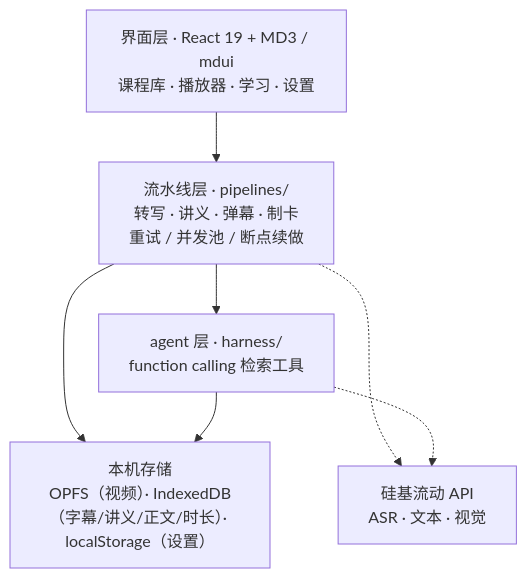
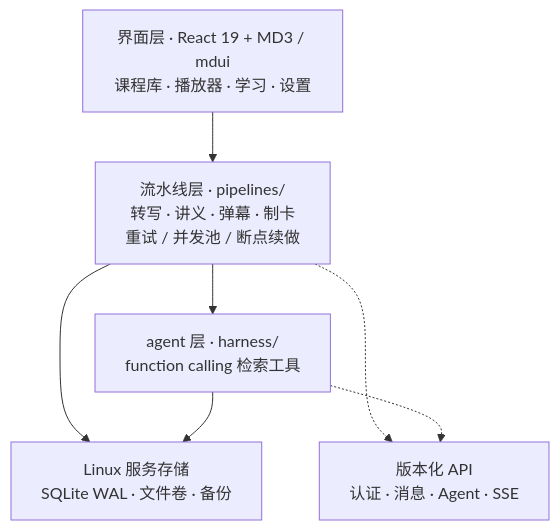
Before and after one commit to BA7MLV/wangke-agent: the second of 2 diagrams in README.md, drawn with Mermaid. The commit also changed other lines of this file and 43 other files, not shown here.

````diff
--- a/README.md
+++ b/README.md
@@ -58,13 +58,13 @@
 ```mermaid
 flowchart TB
     UI["界面层 · React 19 + MD3 / mdui<br/>课程库 · 播放器 · 学习 · 设置"]
     PIPE["流水线层 · pipelines/<br/>转写 · 讲义 · 弹幕 · 制卡<br/>重试 / 并发池 / 断点续做"]
     AGENT["agent 层 · harness/<br/>function calling 检索工具"]
-    STORE["本机存储<br/>OPFS（视频）· IndexedDB（字幕/讲义/正文/时长）· localStorage（设置）"]
-    API["硅基流动 API<br/>ASR · 文本 · 视觉"]
+    STORE["Linux 服务存储<br/>SQLite WAL · 文件卷 · 备份"]
+    API["版本化 API<br/>认证 · 消息 · Agent · SSE"]
     UI --> PIPE --> AGENT
     PIPE --> STORE
     AGENT --> STORE
     PIPE -.-> API
     AGENT -.-> API
 ```
````
